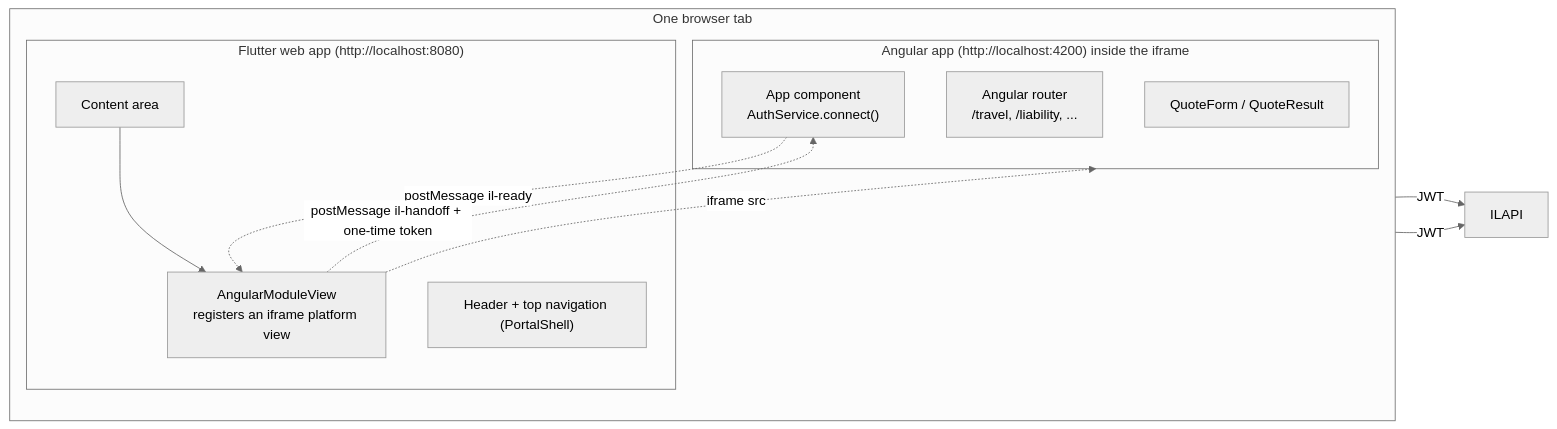
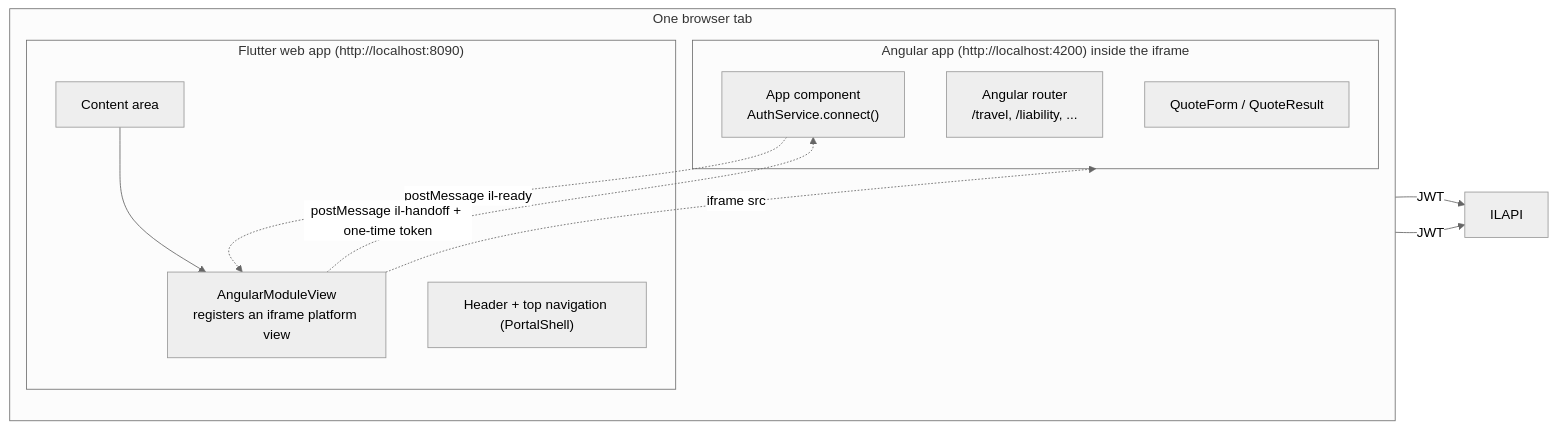
One commit to imsunilg/ILDoc changed the first of 2 diagrams in diagrams/flutter-angular-flow.md. Above: the diagram before and after it, drawn with Mermaid (neutral theme). The commit also changed 10 other files, not shown here.

````diff
--- a/diagrams/flutter-angular-flow.md
+++ b/diagrams/flutter-angular-flow.md
@@ -3,22 +3,22 @@
 ```mermaid
 flowchart LR
     subgraph Browser["One browser tab"]
         direction TB
-        subgraph FL["Flutter web app (http://localhost:8080)"]
+        subgraph FL["Flutter web app (http://localhost:8090)"]
             Hdr["Header + top navigation (PortalShell)"]
             Content["Content area"]
             View["AngularModuleView<br/>registers an iframe platform view"]
         end
         subgraph NG["Angular app (http://localhost:4200) inside the iframe"]
             Boot["App component<br/>AuthService.connect()"]
             Router["Angular router<br/>/travel, /liability, ..."]
             Page["QuoteForm / QuoteResult"]
         end
         Content --> View
         View -. "iframe src" .-> NG
         Boot -. "postMessage il-ready" .-> View
         View -. "postMessage il-handoff + one-time token" .-> Boot
     end
     NG -->|"JWT"| API[ILAPI]
     FL -->|"JWT"| API
 ```
````
